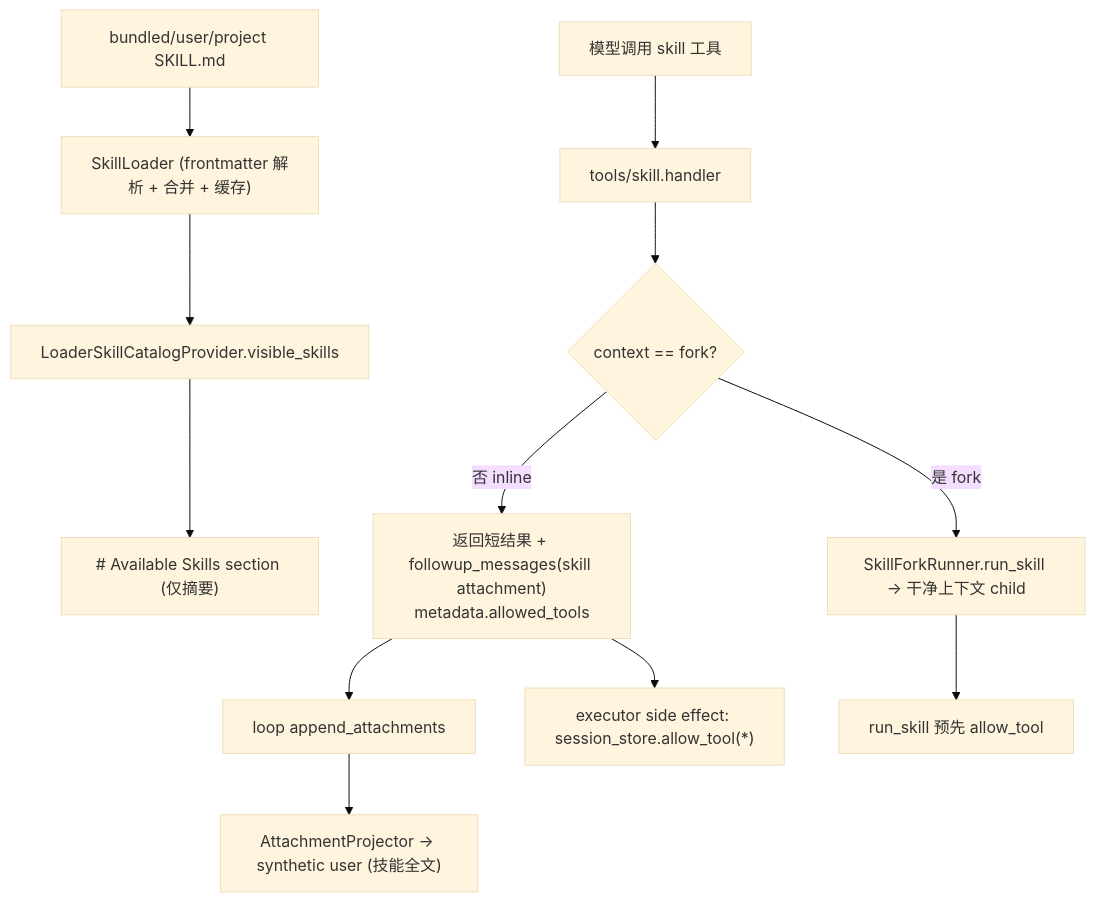
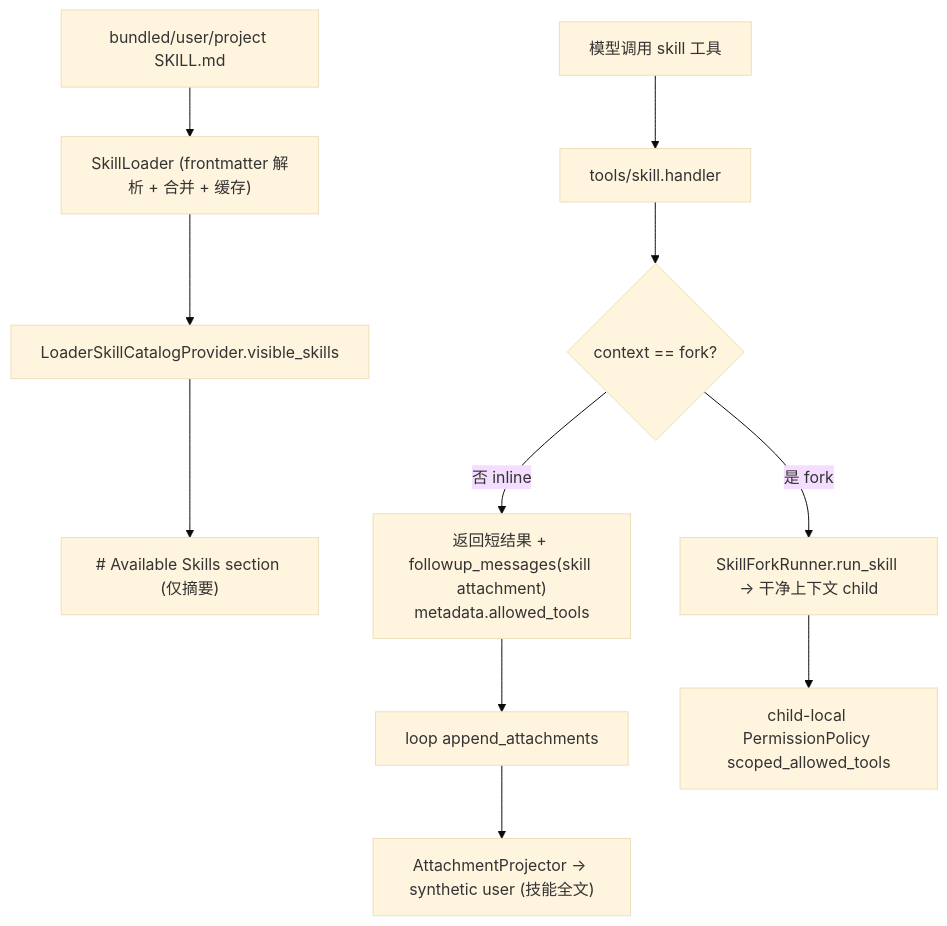
The diagram in docs/design-docs/skill-architecture.md (EtherealStar/OneCode), drawn with Mermaid (base theme) before and after one commit. The commit also changed other lines of this file and 9 other files, not shown here.

Commit message:
fix(skill): scope skill allowed tools to child runtimes

````diff
--- a/docs/design-docs/skill-architecture.md
+++ b/docs/design-docs/skill-architecture.md
@@ -40,15 +40,14 @@
 ```mermaid
 flowchart TD
   FS["bundled/user/project SKILL.md"] --> Loader["SkillLoader (frontmatter 解析 + 合并 + 缓存)"]
   Loader --> Catalog["LoaderSkillCatalogProvider.visible_skills"]
   Catalog --> Prompt["# Available Skills section (仅摘要)"]
 
   Model["模型调用 skill 工具"] --> SkillTool["tools/skill.handler"]
   SkillTool --> Mode{"context == fork?"}
   Mode -->|否 inline| Inline["返回短结果 + followup_messages(skill attachment)\nmetadata.allowed_tools"]
   Mode -->|是 fork| Fork["SkillForkRunner.run_skill → 干净上下文 child"]
   Inline --> Append["loop append_attachments"]
   Append --> Project["AttachmentProjector → synthetic user (技能全文)"]
-  Inline --> Grant["executor side effect: session_store.allow_tool(*)"]
-  Fork --> Grant2["run_skill 预先 allow_tool"]
+  Fork --> Scoped["child-local PermissionPolicy scoped_allowed_tools"]
 ```
````
